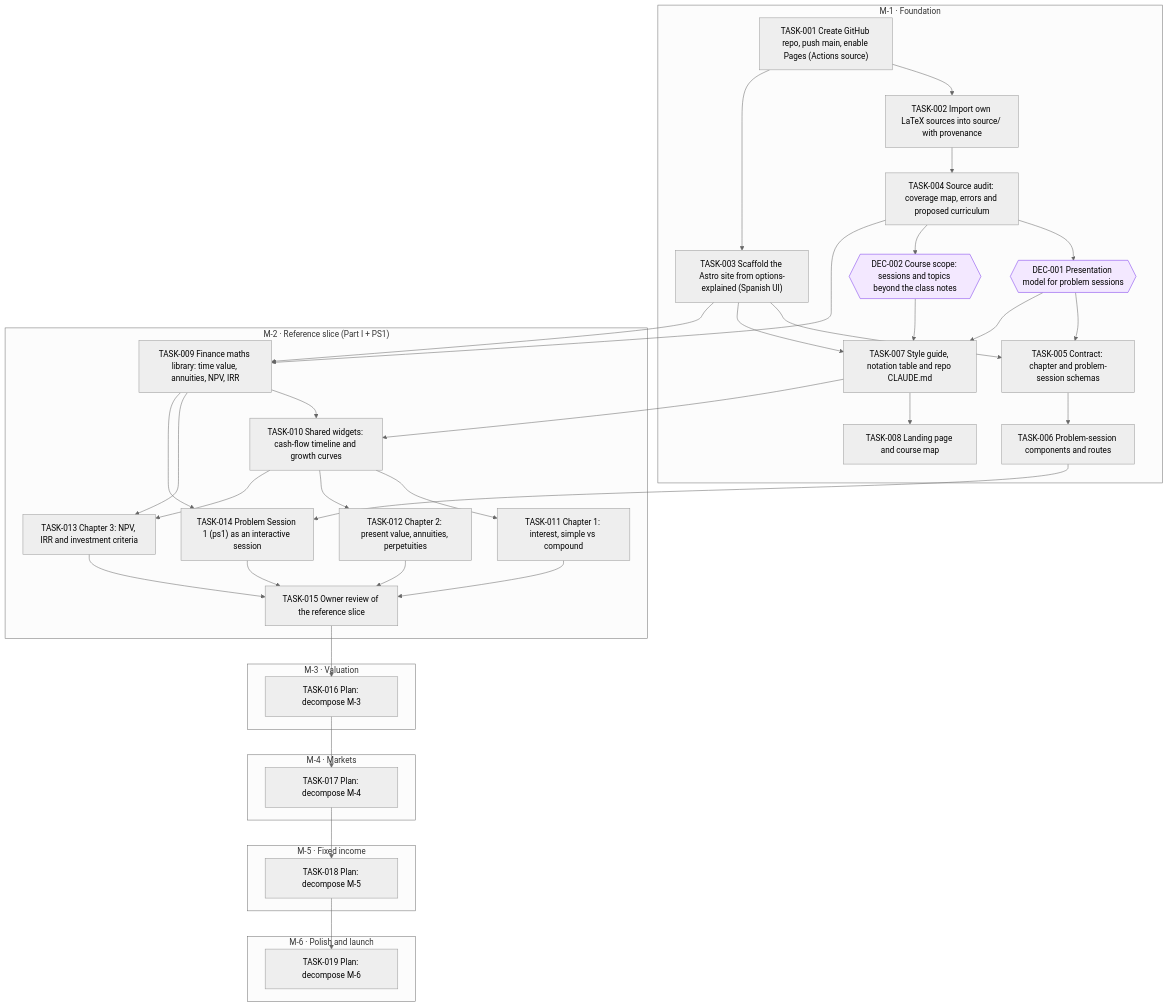
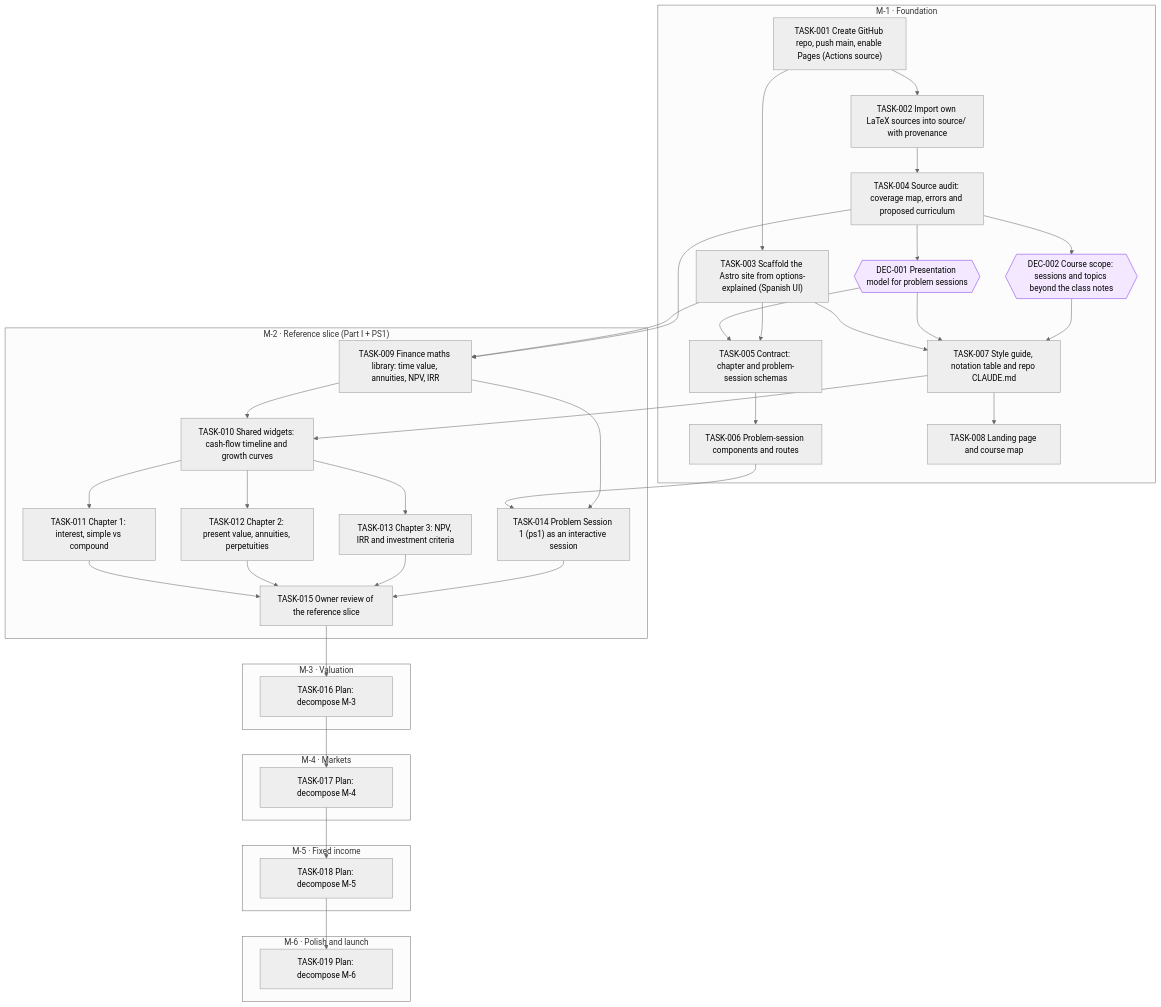
Before and after one commit to jesusvillota/economia-financiera: the diagram in goals/course-site/README.md, drawn with Mermaid (neutral theme). The commit also changed 1 other file, not shown here.

Commit message:
goal(course-site): unlink TASK-013 after TASK-009

````diff
--- a/goals/course-site/README.md
+++ b/goals/course-site/README.md
@@ -19,71 +19,70 @@
 ```mermaid
 flowchart TD
   subgraph M_1["M-1 · Foundation"]
     DEC_001{{"DEC-001 Presentation model for problem sessions"}}
     DEC_002{{"DEC-002 Course scope: sessions and topics beyond the class notes"}}
     TASK_001["TASK-001 Create GitHub repo, push main, enable Pages (Actions source)"]
     TASK_002["TASK-002 Import own LaTeX sources into source/ with provenance"]
     TASK_003["TASK-003 Scaffold the Astro site from options-explained (Spanish UI)"]
     TASK_004["TASK-004 Source audit: coverage map, errors and proposed curriculum"]
     TASK_005["TASK-005 Contract: chapter and problem-session schemas"]
     TASK_006["TASK-006 Problem-session components and routes"]
     TASK_007["TASK-007 Style guide, notation table and repo CLAUDE.md"]
     TASK_008["TASK-008 Landing page and course map"]
   end
   subgraph M_2["M-2 · Reference slice (Part I + PS1)"]
     TASK_009["TASK-009 Finance maths library: time value, annuities, NPV, IRR"]
     TASK_010["TASK-010 Shared widgets: cash-flow timeline and growth curves"]
     TASK_011["TASK-011 Chapter 1: interest, simple vs compound"]
     TASK_012["TASK-012 Chapter 2: present value, annuities, perpetuities"]
     TASK_013["TASK-013 Chapter 3: NPV, IRR and investment criteria"]
     TASK_014["TASK-014 Problem Session 1 (ps1) as an interactive session"]
     TASK_015["TASK-015 Owner review of the reference slice"]
   end
   subgraph M_3["M-3 · Valuation"]
     TASK_016["TASK-016 Plan: decompose M-3"]
   end
   subgraph M_4["M-4 · Markets"]
     TASK_017["TASK-017 Plan: decompose M-4"]
   end
   subgraph M_5["M-5 · Fixed income"]
     TASK_018["TASK-018 Plan: decompose M-5"]
   end
   subgraph M_6["M-6 · Polish and launch"]
     TASK_019["TASK-019 Plan: decompose M-6"]
   end
   TASK_004 --> DEC_001
   TASK_004 --> DEC_002
   TASK_001 --> TASK_002
   TASK_001 --> TASK_003
   TASK_002 --> TASK_004
   DEC_001 --> TASK_005
   TASK_003 --> TASK_005
   TASK_005 --> TASK_006
   TASK_003 --> TASK_007
   DEC_001 --> TASK_007
   DEC_002 --> TASK_007
   TASK_007 --> TASK_008
   TASK_003 --> TASK_009
   TASK_004 --> TASK_009
   TASK_007 --> TASK_010
   TASK_009 --> TASK_010
   TASK_010 --> TASK_011
   TASK_010 --> TASK_012
-  TASK_009 --> TASK_013
   TASK_010 --> TASK_013
   TASK_006 --> TASK_014
   TASK_009 --> TASK_014
   TASK_011 --> TASK_015
   TASK_012 --> TASK_015
   TASK_013 --> TASK_015
   TASK_014 --> TASK_015
   TASK_015 --> TASK_016
   TASK_016 --> TASK_017
   TASK_017 --> TASK_018
   TASK_018 --> TASK_019
   classDef draft stroke-dasharray: 4 3
   classDef cancelled opacity:0.45
   classDef decision fill:#f3e8ff,stroke:#7c3aed
   class DEC_001 decision
   class DEC_002 decision
 ```
````
